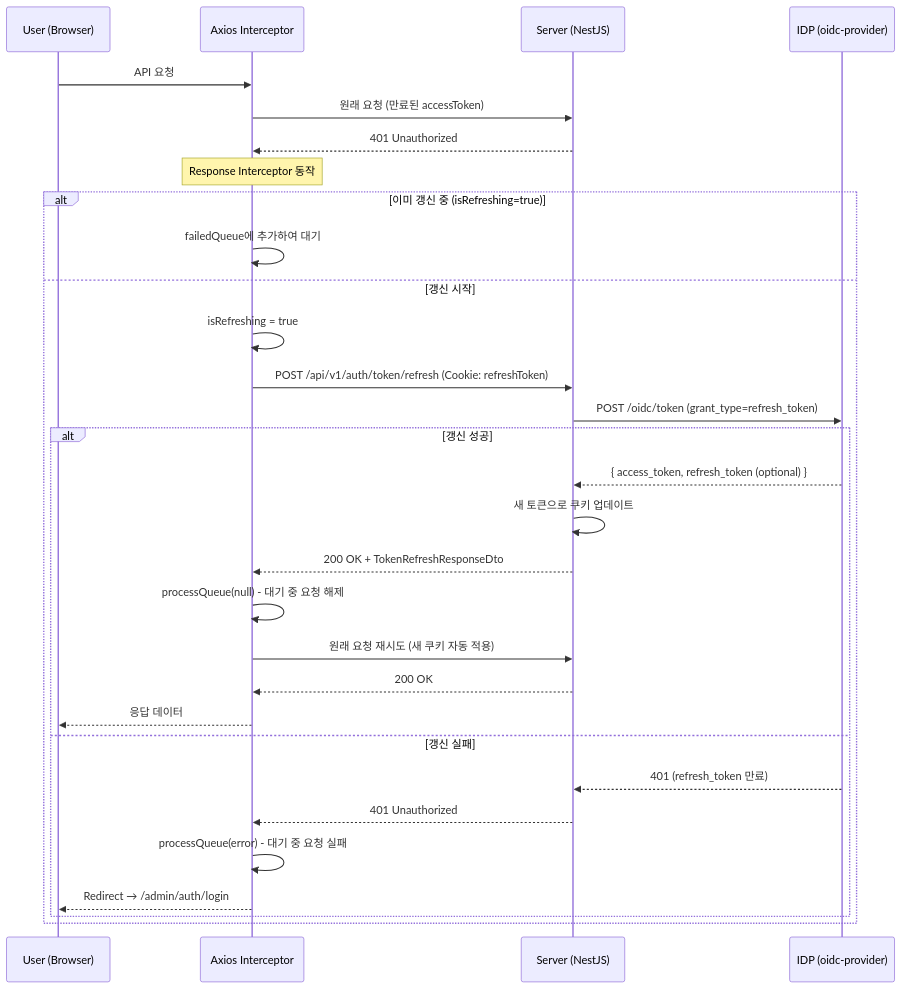
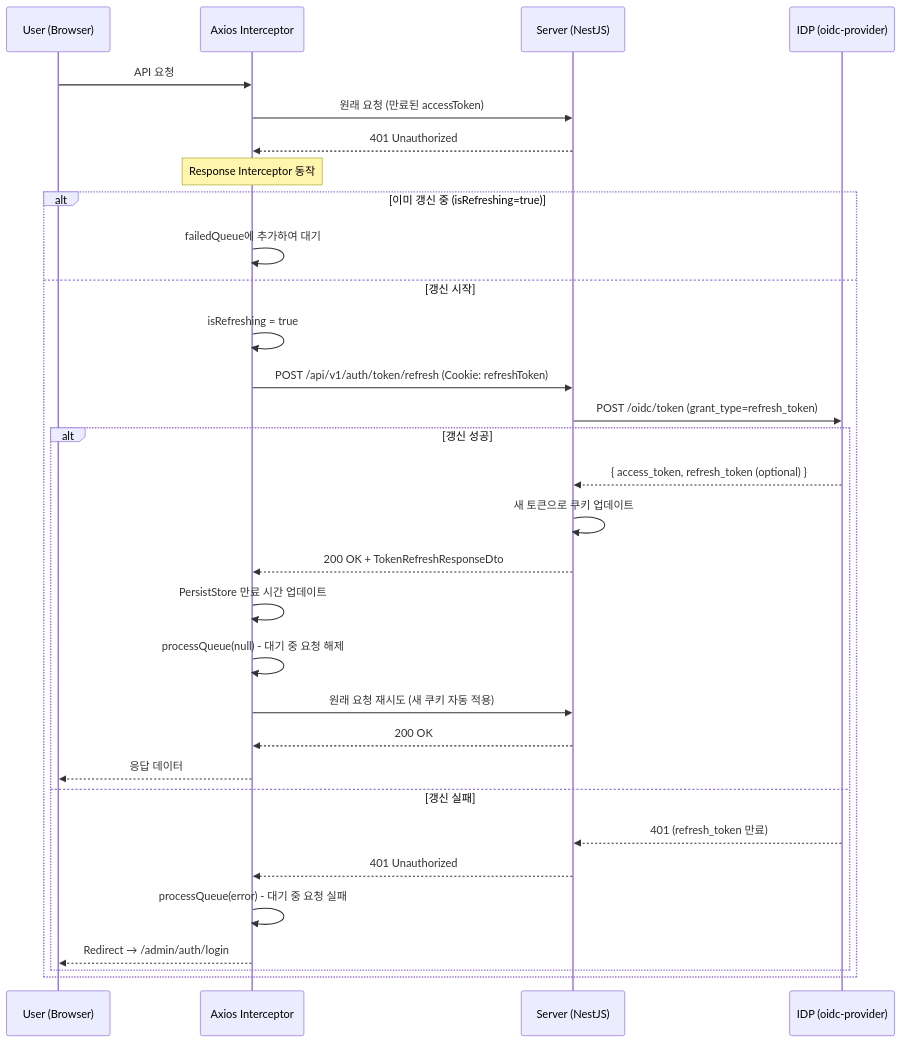
Before and after one commit to kimjoongwon/prj-core: the third of 5 diagrams in apps/proposal/plans/_core/infrastructure/oidc-auth-flow.md, drawn with Mermaid. The commit also changed other lines of this file and 94 other files, not shown here.

````diff
--- a/apps/proposal/plans/_core/infrastructure/oidc-auth-flow.md
+++ b/apps/proposal/plans/_core/infrastructure/oidc-auth-flow.md
@@ -146,35 +150,36 @@
 ```mermaid
 sequenceDiagram
     participant U as User (Browser)
     participant AX as Axios Interceptor
     participant S as Server (NestJS)
     participant I as IDP (oidc-provider)
 
     U->>AX: API 요청
     AX->>S: 원래 요청 (만료된 accessToken)
     S-->>AX: 401 Unauthorized
 
     Note over AX: Response Interceptor 동작
 
     alt 이미 갱신 중 (isRefreshing=true)
         AX->>AX: failedQueue에 추가하여 대기
     else 갱신 시작
         AX->>AX: isRefreshing = true
         AX->>S: POST /api/v1/auth/token/refresh (Cookie: refreshToken)
         S->>I: POST /oidc/token (grant_type=refresh_token)
         alt 갱신 성공
             I-->>S: { access_token, refresh_token (optional) }
             S->>S: 새 토큰으로 쿠키 업데이트
             S-->>AX: 200 OK + TokenRefreshResponseDto
+            AX->>AX: PersistStore 만료 시간 업데이트
             AX->>AX: processQueue(null) - 대기 중 요청 해제
             AX->>S: 원래 요청 재시도 (새 쿠키 자동 적용)
             S-->>AX: 200 OK
             AX-->>U: 응답 데이터
         else 갱신 실패
             I-->>S: 401 (refresh_token 만료)
             S-->>AX: 401 Unauthorized
             AX->>AX: processQueue(error) - 대기 중 요청 실패
             AX-->>U: Redirect → /admin/auth/login
         end
     end
 ```
````
